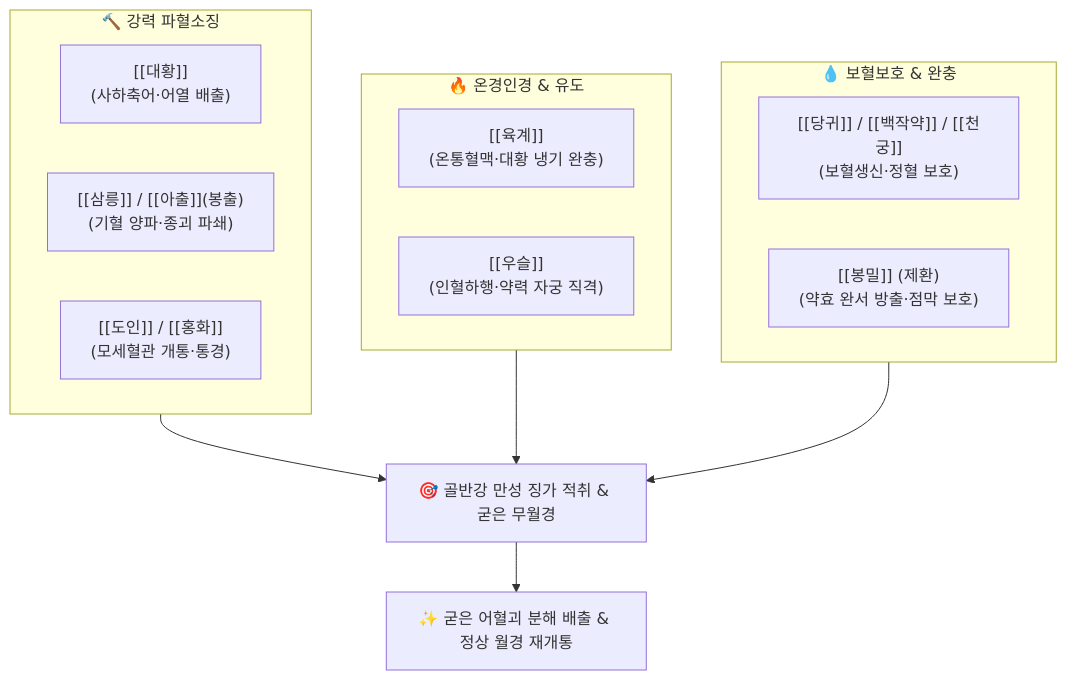
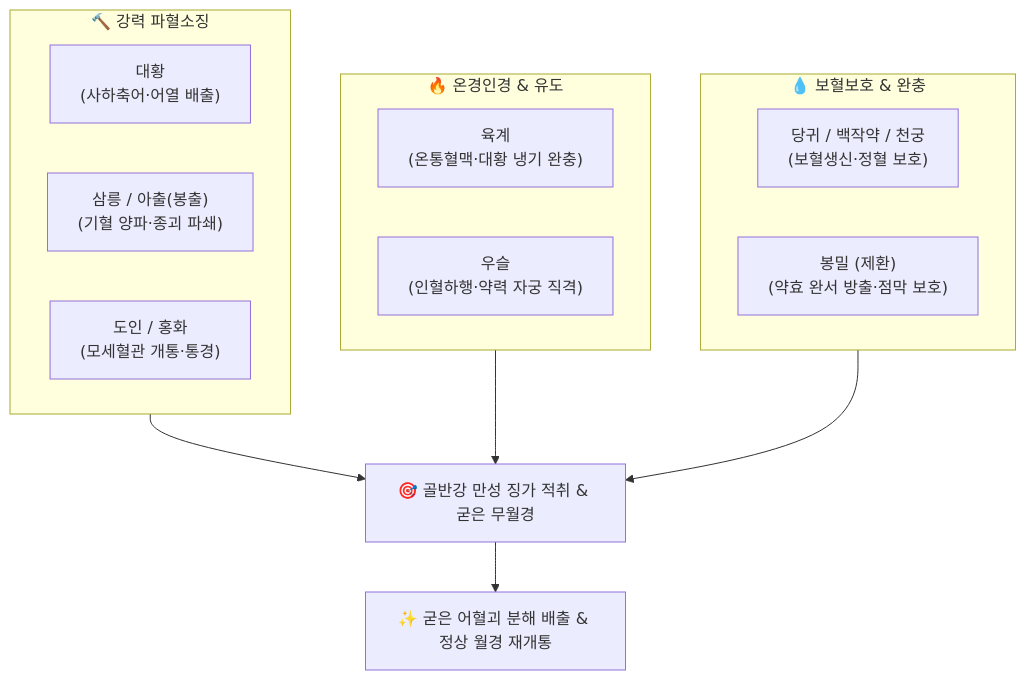
One commit to simbio11/simbio-digital-garden2 changed the diagram in content/2. 약리 공부/처방/05_활혈거어·지혈제/통경환.md. Above: the diagram before and after it, drawn with Mermaid. The commit also changed other lines of this file and 105 other files, not shown here.

````diff
--- a/content/2. 약리 공부/처방/05_활혈거어·지혈제/통경환.md
+++ b/content/2. 약리 공부/처방/05_활혈거어·지혈제/통경환.md
@@ -68,23 +69,23 @@
 ```mermaid
 graph TD
     subgraph Break["🔨 강력 파혈소징"]
-        B1["[[대황]]<br>(사하축어·어열 배출)"]
-        B2["[[삼릉]] / [[아출]](봉출)<br>(기혈 양파·종괴 파쇄)"]
-        B3["[[도인]] / [[홍화]]<br>(모세혈관 개통·통경)"]
+        B1["대황<br>(사하축어·어열 배출)"]
+        B2["삼릉 / 아출(봉출)<br>(기혈 양파·종괴 파쇄)"]
+        B3["도인 / 홍화<br>(모세혈관 개통·통경)"]
     end
 
     subgraph Guide["🔥 온경인경 & 유도"]
-        G1["[[육계]]<br>(온통혈맥·대황 냉기 완충)"]
-        G2["[[우슬]]<br>(인혈하행·약력 자궁 직격)"]
+        G1["육계<br>(온통혈맥·대황 냉기 완충)"]
+        G2["우슬<br>(인혈하행·약력 자궁 직격)"]
     end
 
     subgraph Protect["💧 보혈보호 & 완충"]
-        P1["[[당귀]] / [[백작약]] / [[천궁]]<br>(보혈생신·정혈 보호)"]
-        P2["[[봉밀]] (제환)<br>(약효 완서 방출·점막 보호)"]
+        P1["당귀 / 백작약 / 천궁<br>(보혈생신·정혈 보호)"]
+        P2["봉밀 (제환)<br>(약효 완서 방출·점막 보호)"]
     end
 
     Break --> Target["🎯 골반강 만성 징가 적취 & 굳은 무월경"]
     Guide --> Target
     Protect --> Target
     Target --> Outcome["✨ 굳은 어혈괴 분해 배출 & 정상 월경 재개통"]
 ```
````
